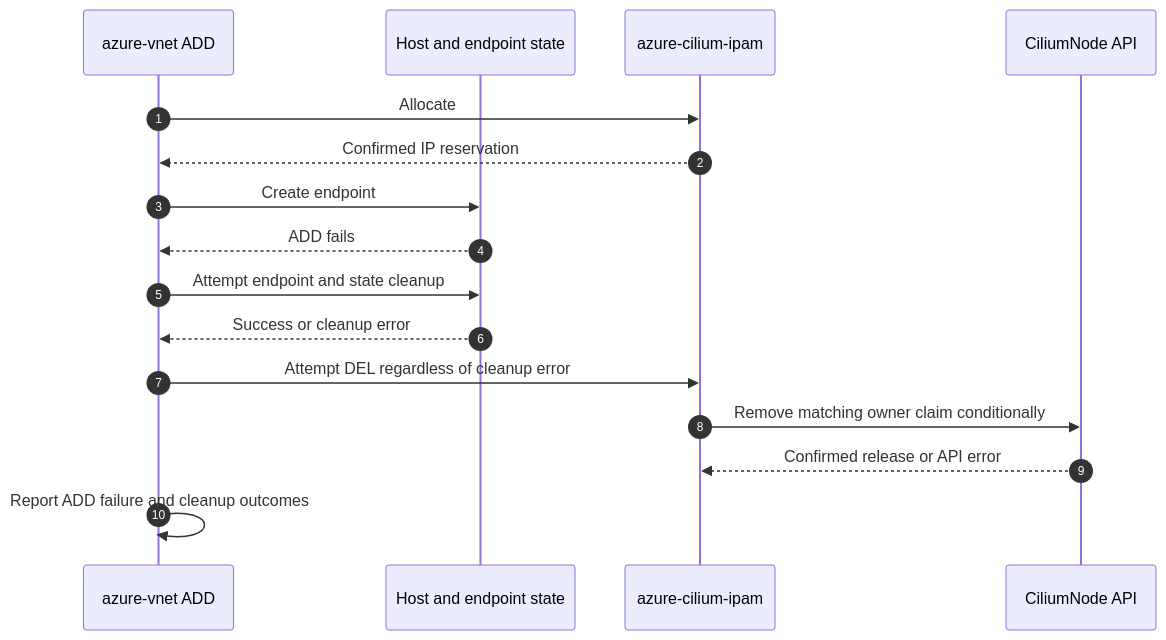
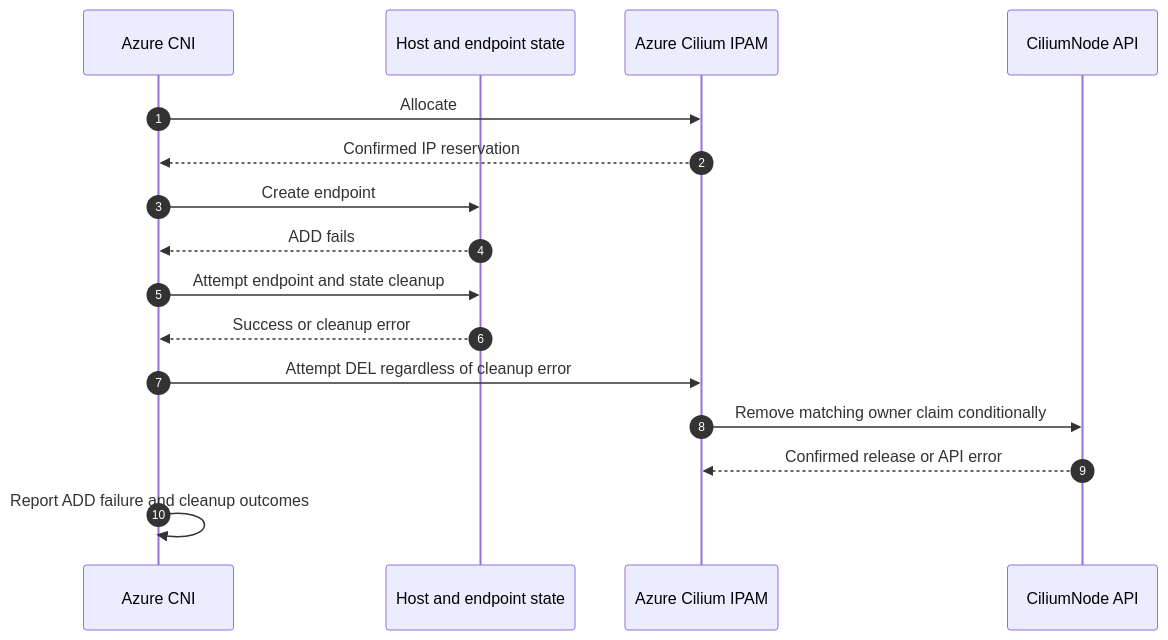
The sixth of 9 diagrams in docs/cilium-operator-ipam.md (Azure/azure-container-networking), drawn with Mermaid before and after one commit. The commit also changed other lines of this file, not shown here.

First line of the commit message:
Use component names in IPAM design diagrams

````diff
--- a/docs/cilium-operator-ipam.md
+++ b/docs/cilium-operator-ipam.md
@@ -321,18 +325,18 @@
 ```mermaid
 sequenceDiagram
     autonumber
-    participant C as azure-vnet ADD
+    participant C as Azure CNI
     participant H as Host and endpoint state
-    participant I as azure-cilium-ipam
+    participant I as Azure Cilium IPAM
     participant K as CiliumNode API
     C->>I: Allocate
     I-->>C: Confirmed IP reservation
     C->>H: Create endpoint
     H-->>C: ADD fails
     C->>H: Attempt endpoint and state cleanup
     H-->>C: Success or cleanup error
     C->>I: Attempt DEL regardless of cleanup error
     I->>K: Remove matching owner claim conditionally
     K-->>I: Confirmed release or API error
     C->>C: Report ADD failure and cleanup outcomes
 ```
````
